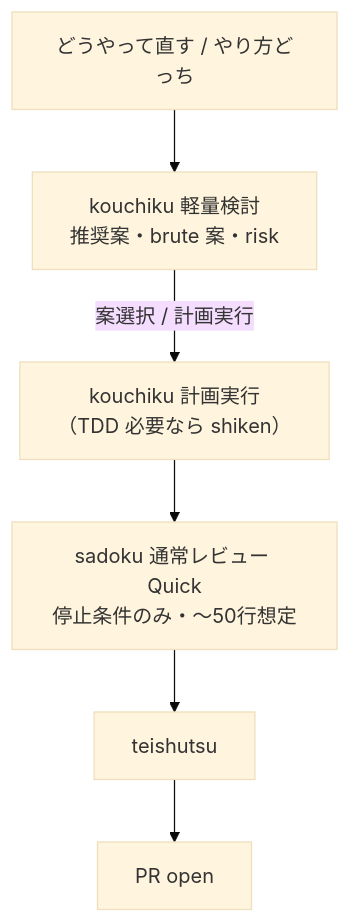
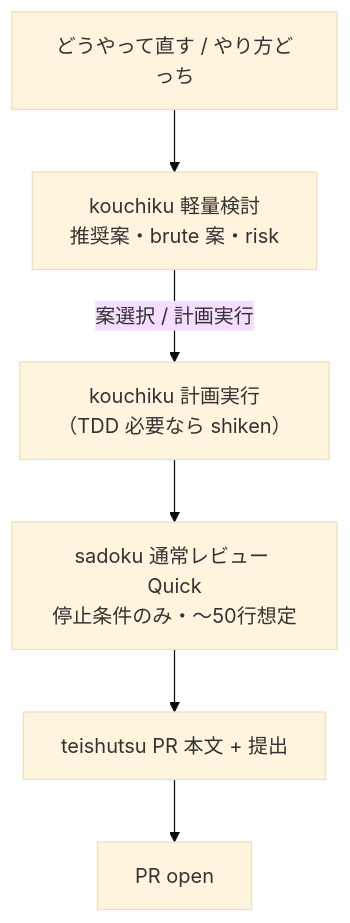
The fifth of 10 diagrams in docs/workflow.md (hayashiii-ghub/hikizan), drawn with Mermaid (base theme) before and after one commit. The commit also changed other lines of this file and 11 other files, not shown here.

````diff
--- a/docs/workflow.md
+++ b/docs/workflow.md
@@ -131,8 +130,8 @@
 ```mermaid
 flowchart TB
   D0["どうやって直す / やり方どっち"] --> D1["kouchiku 軽量検討<br/>推奨案・brute 案・risk"]
   D1 -->|"案選択 / 計画実行"| D2["kouchiku 計画実行<br/>（TDD 必要なら shiken）"]
   D2 --> D3["sadoku 通常レビュー Quick<br/>停止条件のみ・〜50行想定"]
-  D3 --> D4["teishutsu"]
+  D3 --> D4["teishutsu PR 本文 + 提出"]
   D4 --> D5["PR open"]
 ```
````
